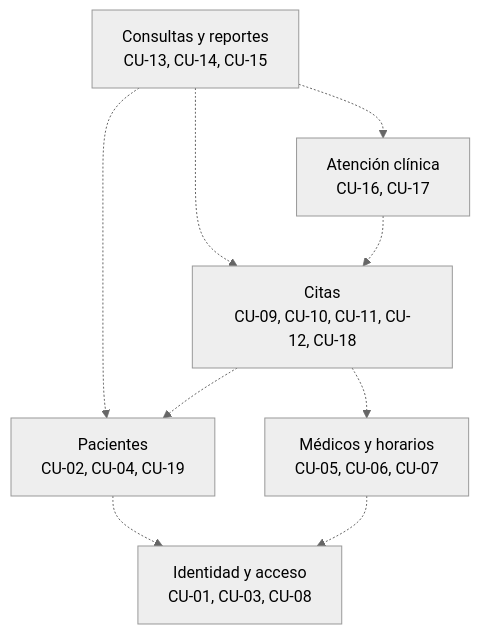
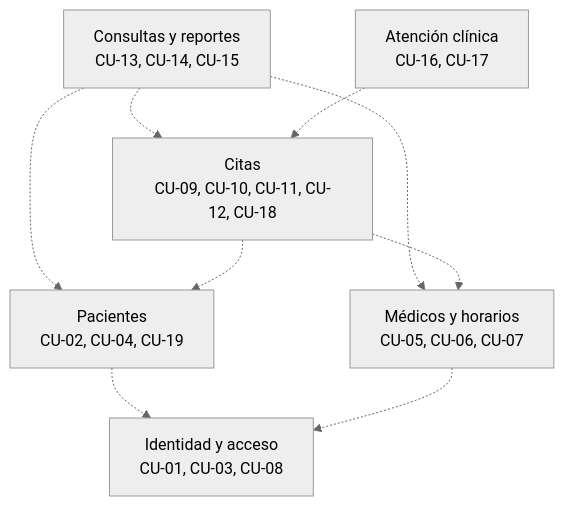
Before and after one commit to Einarpd26/2do-examen-ing-requisitos: diagram 20 of 37 in documento/Informe-Final.md, drawn with Mermaid (neutral theme). The commit also changed other lines of this file, not shown here.

````diff
--- a/documento/Informe-Final.md
+++ b/documento/Informe-Final.md
@@ -1480,18 +1482,18 @@
 ```mermaid
 flowchart TB
     CR["Consultas y reportes<br/>CU-13, CU-14, CU-15"]
     NC["Atención clínica<br/>CU-16, CU-17"]
     CI["Citas<br/>CU-09, CU-10, CU-11, CU-12, CU-18"]
     PA["Pacientes<br/>CU-02, CU-04, CU-19"]
     MH["Médicos y horarios<br/>CU-05, CU-06, CU-07"]
     IA["Identidad y acceso<br/>CU-01, CU-03, CU-08"]
 
     CR -.-> CI
-    CR -.-> NC
+    CR -.-> MH
     CR -.-> PA
     NC -.-> CI
     CI -.-> PA
     CI -.-> MH
     PA -.-> IA
     MH -.-> IA
 ```
````
